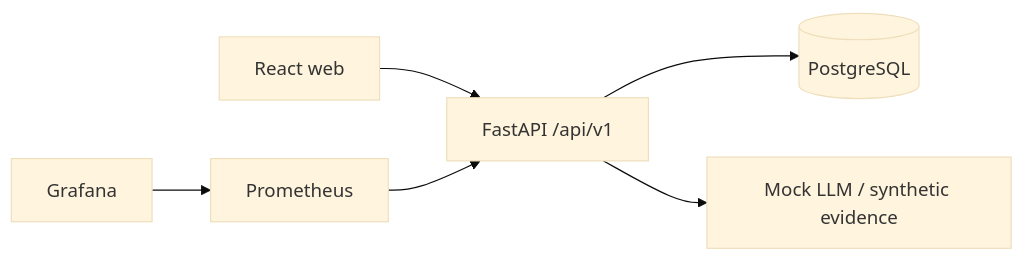
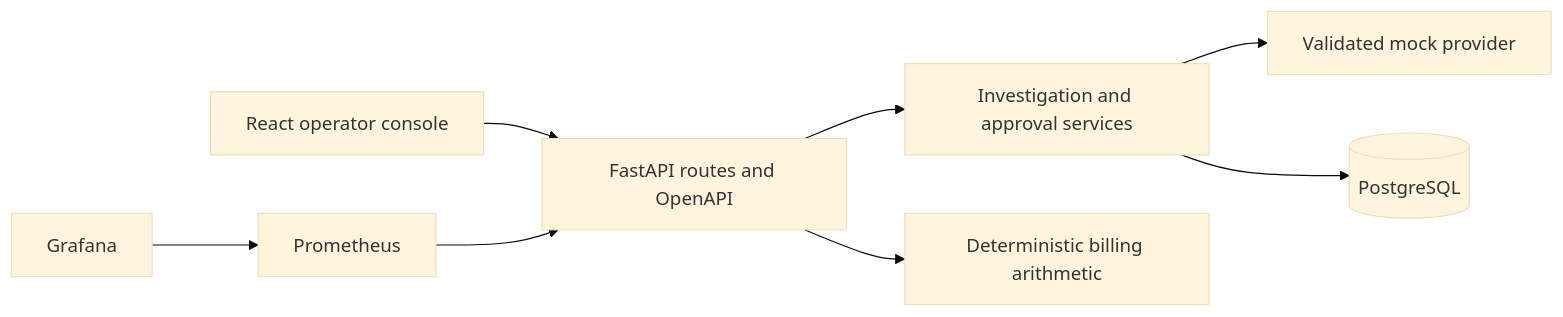
Before and after one commit to fomo-ash/Nvidia: the diagram in docs/ARCHITECTURE.md, drawn with Mermaid (base theme). The commit also changed other lines of this file and 9 other files, not shown here.

Commit message:
docs: update architecture, runbooks, and verification results

````diff
--- a/docs/ARCHITECTURE.md
+++ b/docs/ARCHITECTURE.md
@@ -5,8 +5,10 @@
 ```mermaid
 flowchart LR
-  UI[React web] --> API[FastAPI /api/v1]
-  API --> DB[(PostgreSQL)]
+  UI[React operator console] --> API[FastAPI routes and OpenAPI]
+  API --> Workflow[Investigation and approval services]
+  Workflow --> Provider[Validated mock provider]
+  Workflow --> DB[(PostgreSQL)]
+  API --> Costs[Deterministic billing arithmetic]
   Prometheus --> API
   Grafana --> Prometheus
-  API --> Mock[Mock LLM / synthetic evidence]
 ```
````
